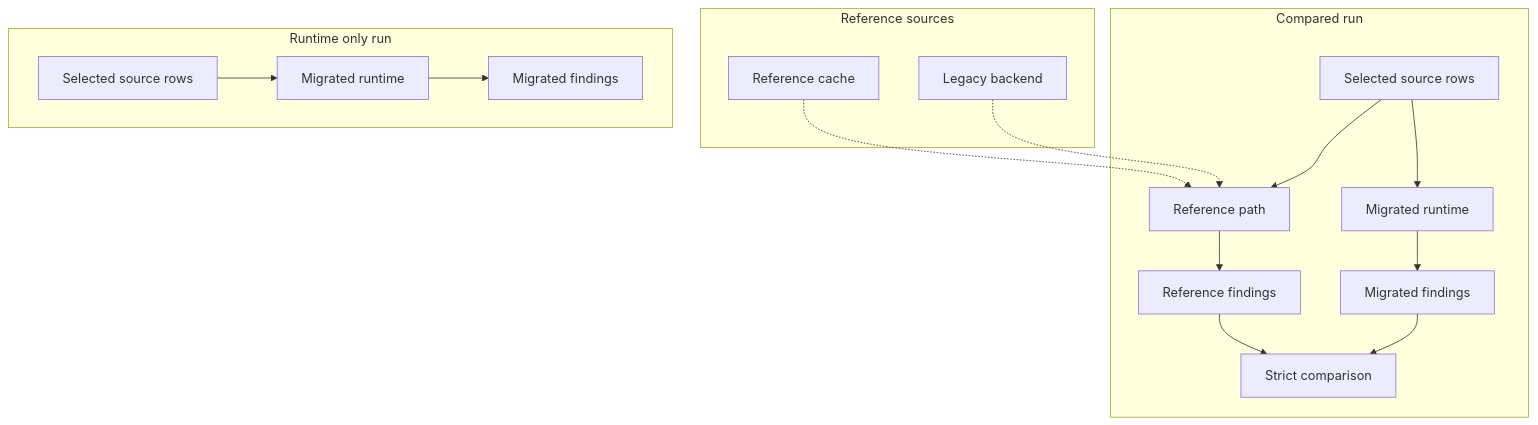
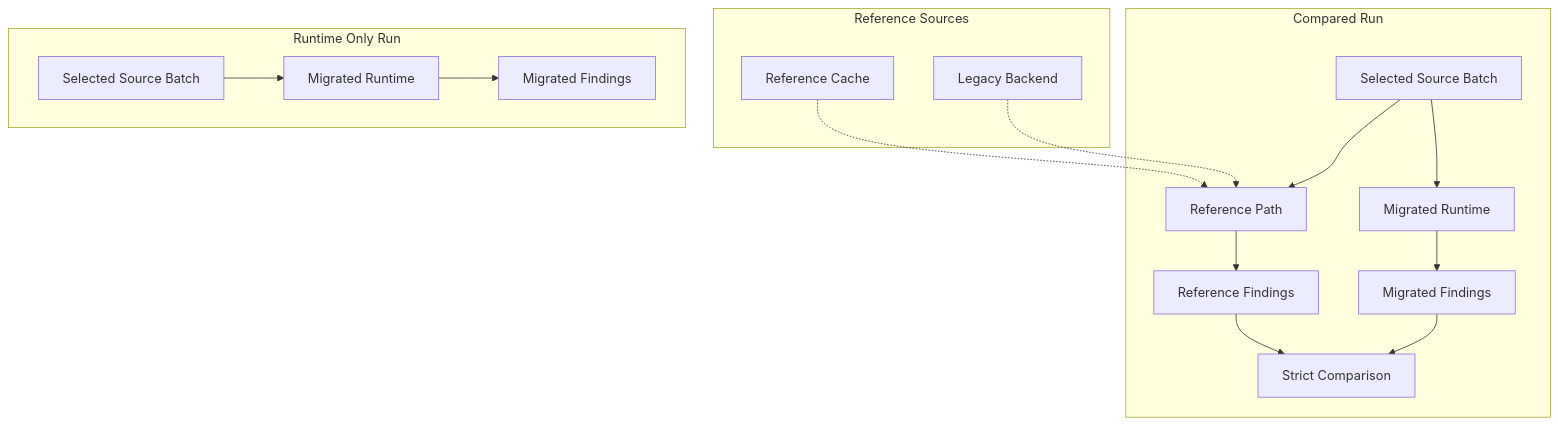
One commit to bobcorn/openfoodfacts-data-quality changed the diagram in docs/explanation/reference-data-and-parity.md. Above: the diagram before and after it, drawn with Mermaid. The commit also changed other lines of this file and 142 other files, not shown here.

````diff
--- a/docs/explanation/reference-data-and-parity.md
+++ b/docs/explanation/reference-data-and-parity.md
@@ -44,32 +45,32 @@
 ```mermaid
 flowchart TB
-    subgraph COMP["Compared run"]
-        A["Selected source rows"]
-        B["Reference path"]
-        C["Migrated runtime"]
-        D["Reference findings"]
-        E["Migrated findings"]
-        F["Strict comparison"]
+    subgraph COMP["Compared Run"]
+        A["Selected Source Batch"]
+        B["Reference Path"]
+        C["Migrated Runtime"]
+        D["Reference Findings"]
+        E["Migrated Findings"]
+        F["Strict Comparison"]
         A --> B
         A --> C
         B --> D
         C --> E
         D --> F
         E --> F
     end
 
-    subgraph REF["Reference sources"]
-        H["Reference cache"]
-        I["Legacy backend"]
+    subgraph REF["Reference Sources"]
+        H["Reference Cache"]
+        I["Legacy Backend"]
     end
 
     H -.-> B
     I -.-> B
 
-    subgraph RTO["Runtime only run"]
-        J["Selected source rows"]
-        K["Migrated runtime"]
-        L["Migrated findings"]
+    subgraph RTO["Runtime Only Run"]
+        J["Selected Source Batch"]
+        K["Migrated Runtime"]
+        L["Migrated Findings"]
         J --> K --> L
     end
 ```
````
